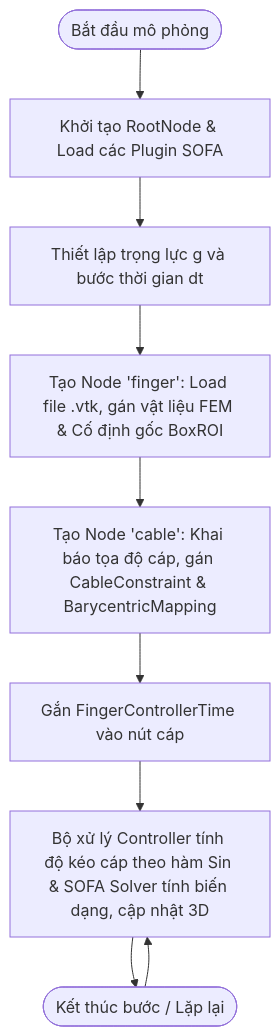
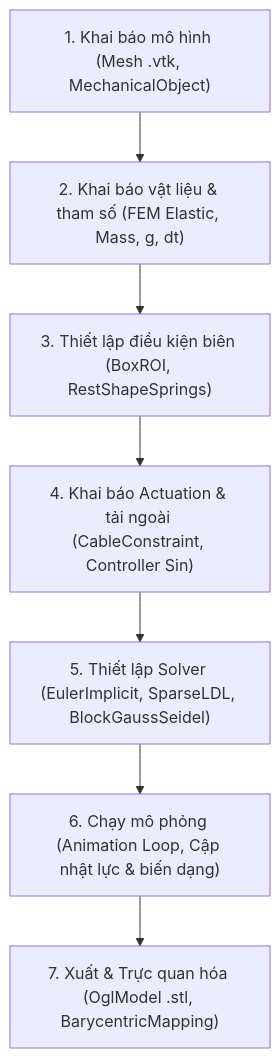
Before and after one commit to KHA1386/SOFA-cable-controlled-finger-Khuat-Hung-Anh: the diagram in README.md, drawn with Mermaid.

````diff
--- a/README.md
+++ b/README.md
@@ -92,11 +92,9 @@
 ```mermaid
 flowchart TD
-    A([Bắt đầu mô phỏng]) --> B[Khởi tạo RootNode & Load các Plugin SOFA]
-    B --> C[Thiết lập trọng lực g và bước thời gian dt]
-    C --> D[Tạo Node 'finger': Load file .vtk, gán vật liệu FEM & Cố định gốc BoxROI]
-    D --> E[Tạo Node 'cable': Khai báo tọa độ cáp, gán CableConstraint & BarycentricMapping]
-    E --> F[Gắn FingerControllerTime vào nút cáp]
-    F --> G[Bộ xử lý Controller tính độ kéo cáp theo hàm Sin & SOFA Solver tính biến dạng, cập nhật 3D]
-    G --> H([Kết thúc bước / Lặp lại])
-    H --> G
+    A["1. Khai báo mô hình (Mesh .vtk, MechanicalObject)"] --> B["2. Khai báo vật liệu & tham số (FEM Elastic, Mass, g, dt)"]
+    B --> C["3. Thiết lập điều kiện biên (BoxROI, RestShapeSprings)"]
+    C --> D["4. Khai báo Actuation & tải ngoài (CableConstraint, Controller Sin)"]
+    D --> E["5. Thiết lập Solver (EulerImplicit, SparseLDL, BlockGaussSeidel)"]
+    E --> F["6. Chạy mô phỏng (Animation Loop, Cập nhật lực & biến dạng)"]
+    F --> G["7. Xuất & Trực quan hóa (OglModel .stl, BarycentricMapping)"]
 ```
````
